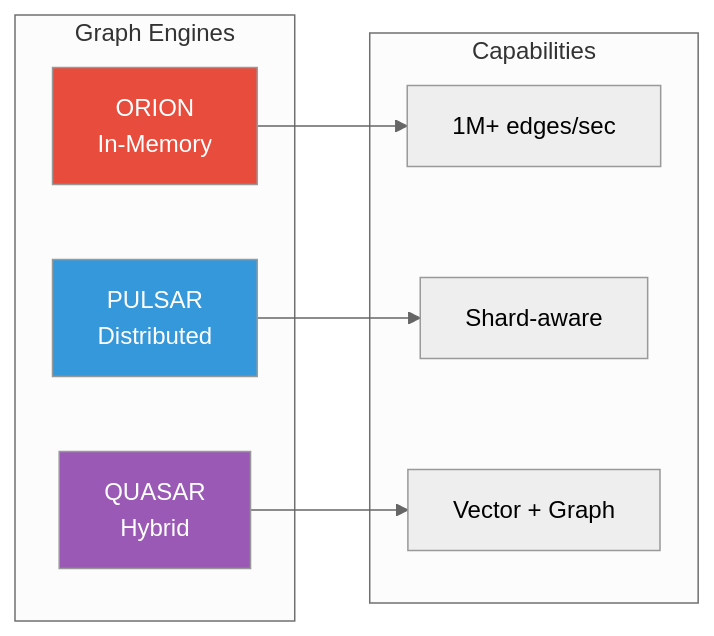
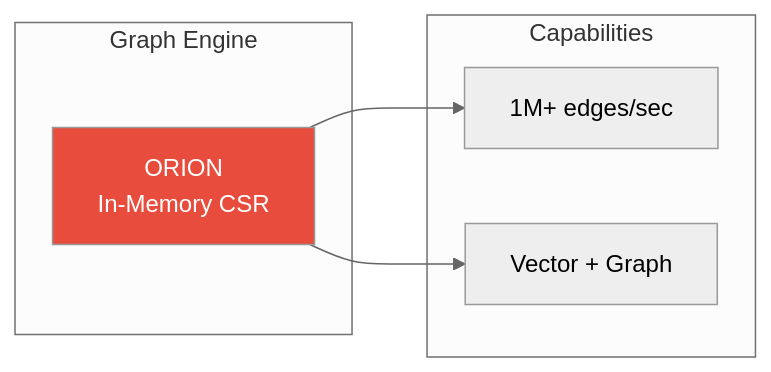
The fourth of 8 diagrams in docs/01-quick-start/architecture-basics.md (vjsingh1984/proximaDB), drawn with Mermaid before and after one commit. The commit also changed other lines of this file and 1380 other files, not shown here.

````diff
--- a/docs/01-quick-start/architecture-basics.md
+++ b/docs/01-quick-start/architecture-basics.md
@@ -146,23 +139,17 @@
 ```mermaid
 %%{init: {"theme": "neutral"}}%%
 flowchart LR
-  subgraph GraphEngines["Graph Engines"]
-    ORION[ORION<br/>In-Memory]
-    PULSAR[PULSAR<br/>Distributed]
-    QUASAR[QUASAR<br/>Hybrid]
+  subgraph GraphEngines["Graph Engine"]
+    ORION[ORION<br/>In-Memory CSR]
   end
 
   subgraph Cap["Capabilities"]
     C1[1M+ edges/sec]
-    C2[Shard-aware]
-    C3[Vector + Graph]
+    C2[Vector + Graph]
   end
 
   ORION --> C1
-  PULSAR --> C2
-  QUASAR --> C3
+  ORION --> C2
 
   style ORION fill:#e74c3c,color:#fff
-  style PULSAR fill:#3498db,color:#fff
-  style QUASAR fill:#9b59b6,color:#fff
 ```
````
